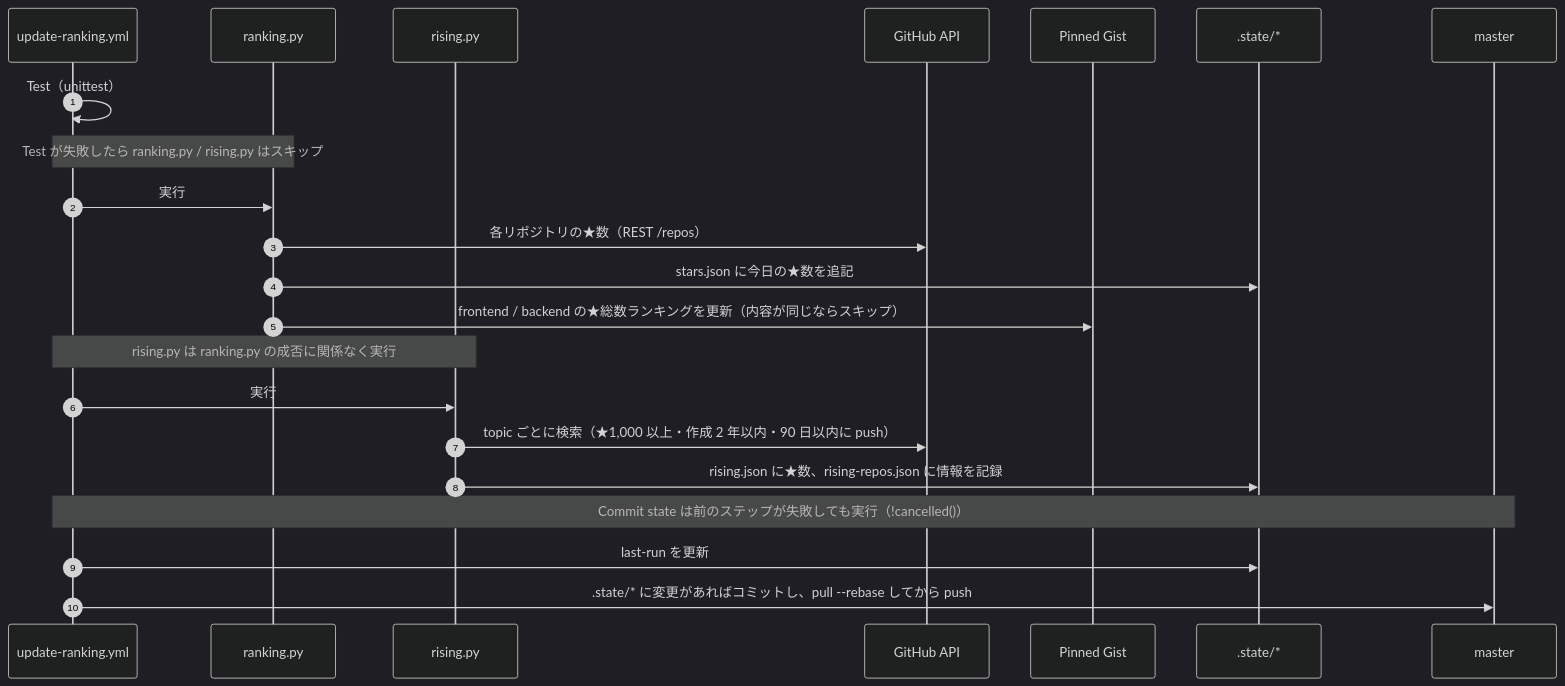
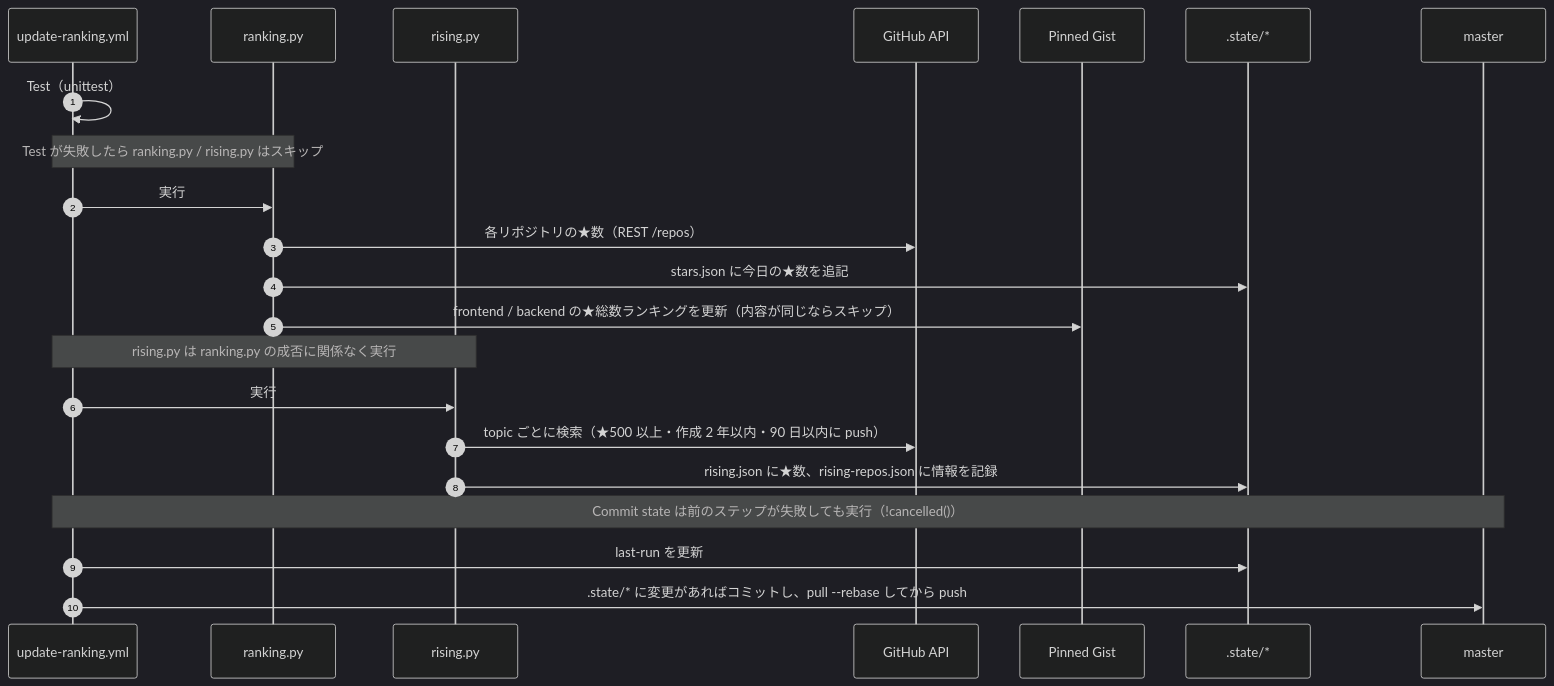
Before and after one commit to ot-nemoto/Omiya: the second of 2 diagrams in docs/DATA_FLOW.md, drawn with Mermaid (dark theme). The commit also changed 5 other files, not shown here.

````diff
--- a/docs/DATA_FLOW.md
+++ b/docs/DATA_FLOW.md
@@ -82,25 +82,25 @@
 ```mermaid
 sequenceDiagram
     autonumber
     participant WF as update-ranking.yml
     participant R as ranking.py
     participant RS as rising.py
     participant GH as GitHub API
     participant G as Pinned Gist
     participant S as .state/*
     participant M as master
 
     WF->>WF: Test（unittest）
     Note over WF,R: Test が失敗したら ranking.py / rising.py はスキップ
     WF->>R: 実行
     R->>GH: 各リポジトリの★数（REST /repos）
     R->>S: stars.json に今日の★数を追記
     R->>G: frontend / backend の★総数ランキングを更新（内容が同じならスキップ）
     Note over WF,RS: rising.py は ranking.py の成否に関係なく実行
     WF->>RS: 実行
-    RS->>GH: topic ごとに検索（★1,000 以上・作成 2 年以内・90 日以内に push）
+    RS->>GH: topic ごとに検索（★500 以上・作成 2 年以内・90 日以内に push）
     RS->>S: rising.json に★数、rising-repos.json に情報を記録
     Note over WF,M: Commit state は前のステップが失敗しても実行（!cancelled()）
     WF->>S: last-run を更新
     WF->>M: .state/* に変更があればコミットし、pull --rebase してから push
 ```
````
